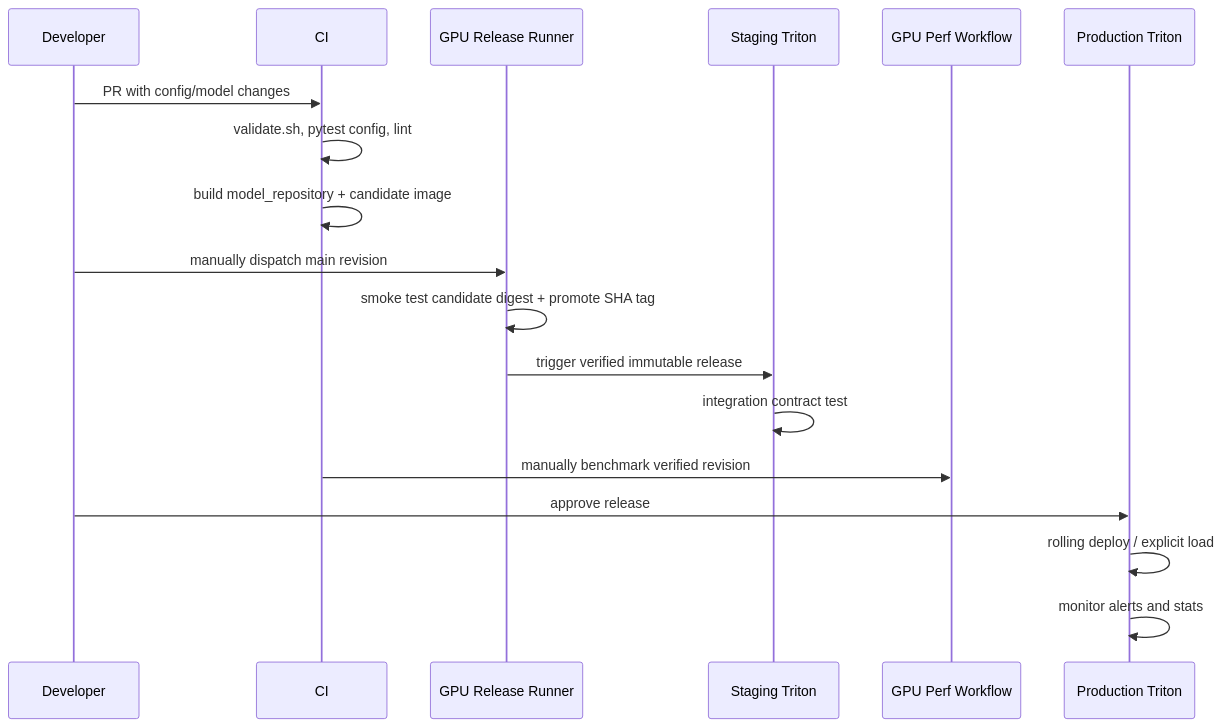
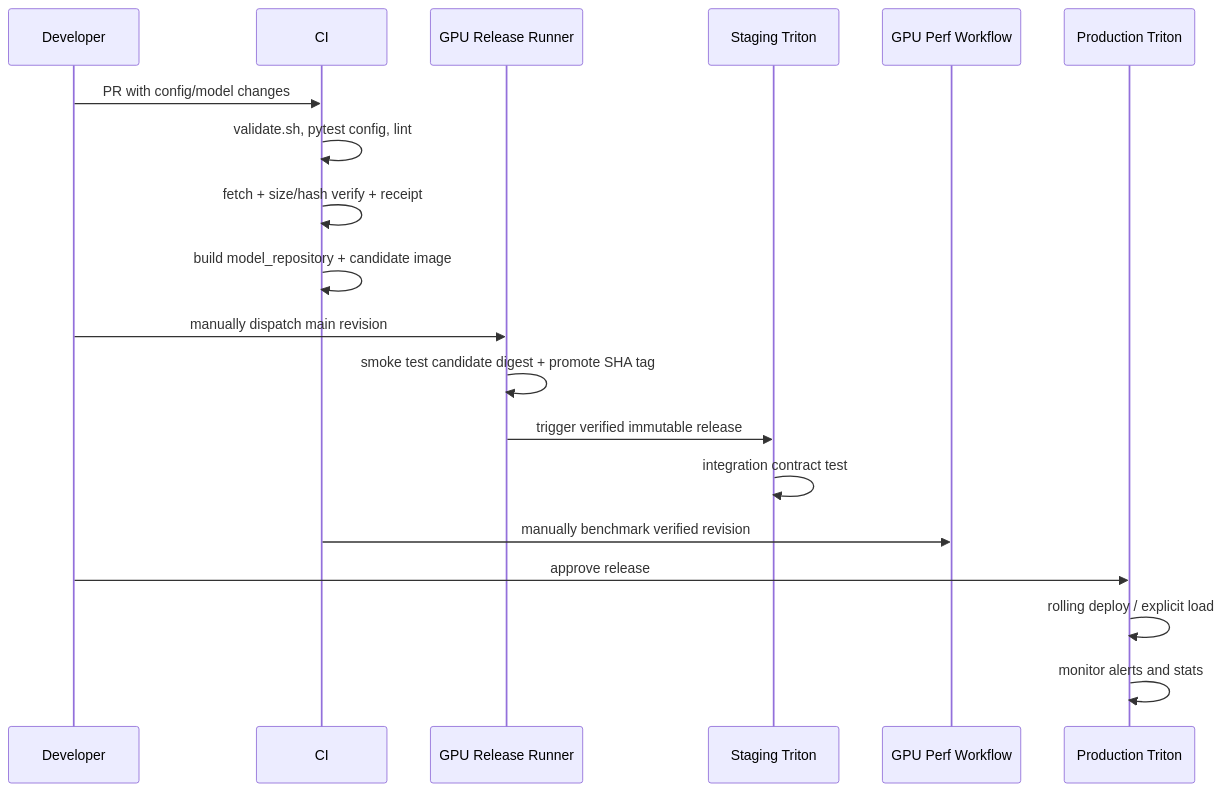
Before and after one commit to jaejungscene/triton-infer-server-handbook: the diagram in docs/production-adoption.md, drawn with Mermaid. The commit also changed other lines of this file and 15 other files, not shown here.

````diff
--- a/docs/production-adoption.md
+++ b/docs/production-adoption.md
@@ -60,20 +60,21 @@
 ```mermaid
 sequenceDiagram
     participant Dev as Developer
     participant CI as CI
     participant GPU as GPU Release Runner
     participant Stg as Staging Triton
     participant Perf as GPU Perf Workflow
     participant Prod as Production Triton
     Dev->>CI: PR with config/model changes
     CI->>CI: validate.sh, pytest config, lint
+    CI->>CI: fetch + size/hash verify + receipt
     CI->>CI: build model_repository + candidate image
     Dev->>GPU: manually dispatch main revision
     GPU->>GPU: smoke test candidate digest + promote SHA tag
     GPU->>Stg: trigger verified immutable release
     Stg->>Stg: integration contract test
     CI->>Perf: manually benchmark verified revision
     Dev->>Prod: approve release
     Prod->>Prod: rolling deploy / explicit load
     Prod->>Prod: monitor alerts and stats
 ```
````
